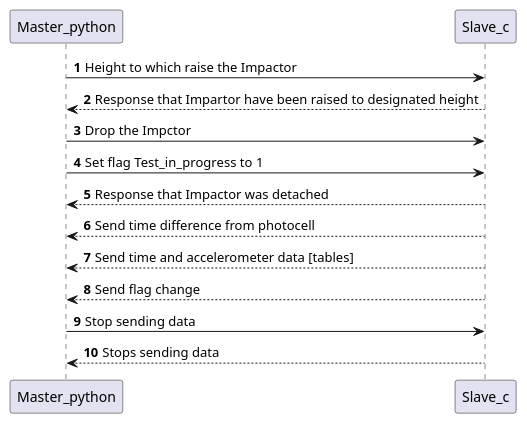
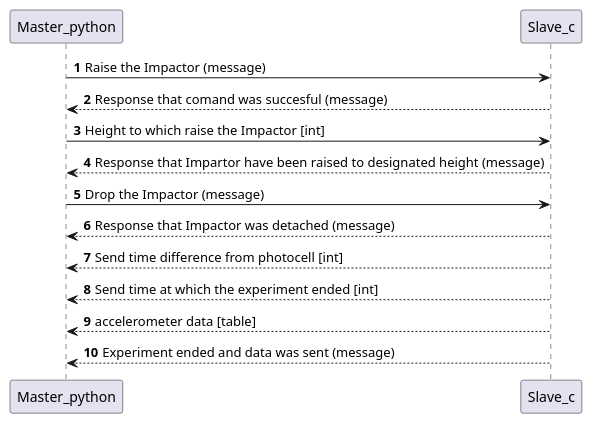
One commit to OlaffoJaszczur/Test_rig_for_impact changed the diagram in puml/Master_slave.puml. Above: the diagram before and after it, drawn with PlantUML. The commit also changed 3 other files, not shown here.

```diff
--- a/puml/Master_slave.puml
+++ b/puml/Master_slave.puml
@@ -1,18 +1,19 @@
 @startuml
 'https://plantuml.com/sequence-diagram
 
 autonumber
-Master_python -> Slave_c: Height to which raise the Impactor
-Slave_c --> Master_python: Response that Impartor have been raised to designated height
+Master_python -> Slave_c: Raise the Impactor (message)
+Slave_c --> Master_python: Response that comand was succesful (message)
 
-Master_python -> Slave_c: Drop the Impctor
-Master_python -> Slave_c: Set flag Test_in_progress to 1
-Slave_c --> Master_python: Response that Impactor was detached
+Master_python -> Slave_c: Height to which raise the Impactor [int]
+Slave_c --> Master_python: Response that Impartor have been raised to designated height (message)
 
-Slave_c --> Master_python: Send time difference from photocell
-Slave_c --> Master_python: Send time and accelerometer data [tables]
-Slave_c --> Master_python: Send flag change
+Master_python -> Slave_c: Drop the Impactor (message)
+Slave_c --> Master_python: Response that Impactor was detached (message)
 
-Master_python -> Slave_c: Stop sending data
-Slave_c --> Master_python: Stops sending data
+Slave_c --> Master_python: Send time difference from photocell [int]
+Slave_c --> Master_python: Send time at which the experiment ended [int]
+Slave_c --> Master_python: accelerometer data [table]
+
+Slave_c --> Master_python: Experiment ended and data was sent (message)
 @enduml
```
